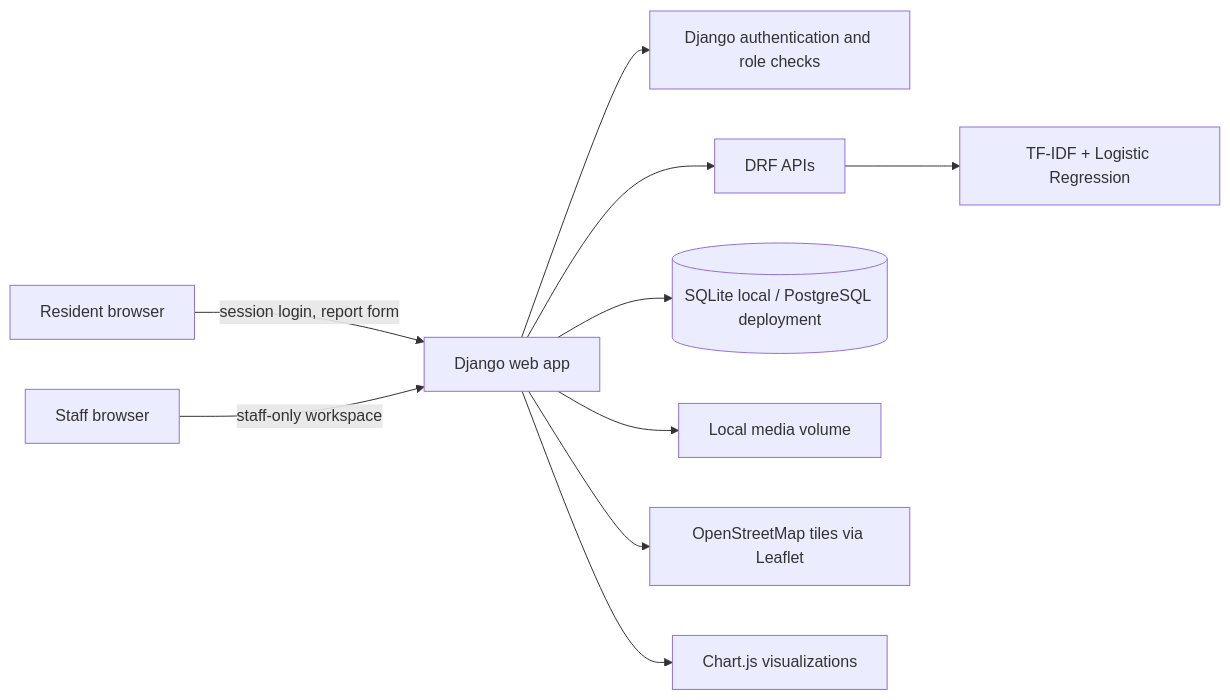
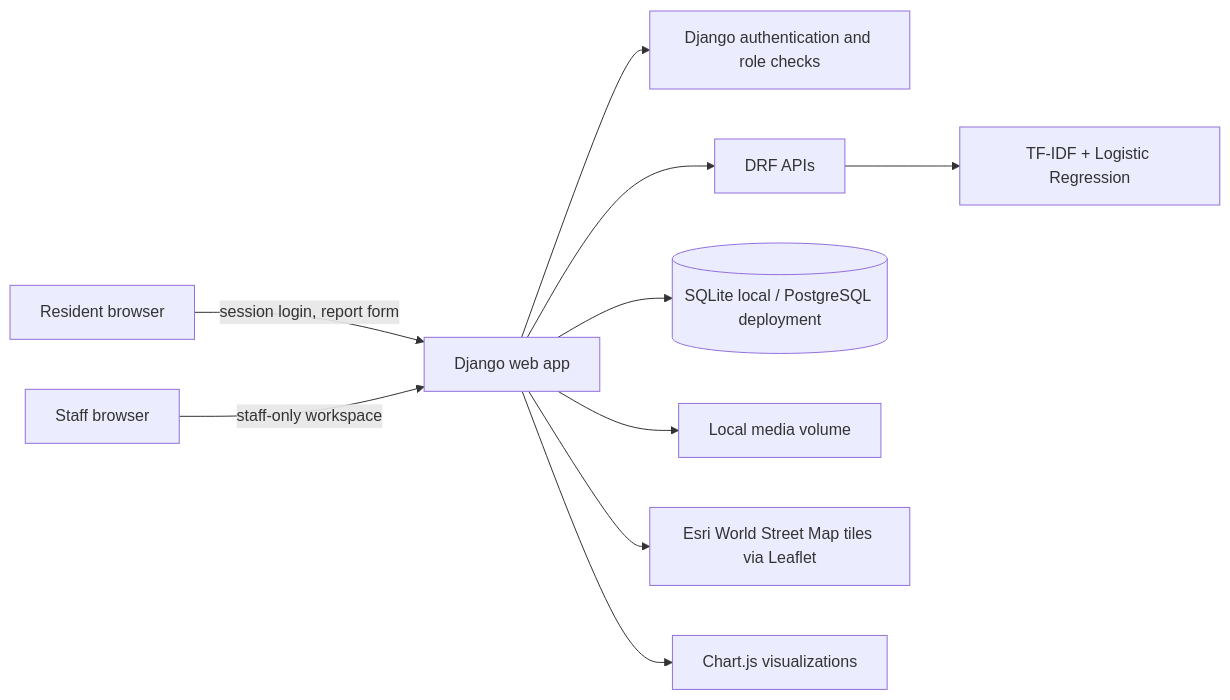
Before and after one commit to tarun-jaiin/civiclens-ai: the diagram in README.md, drawn with Mermaid. The commit also changed other lines of this file and 2 other files, not shown here.

````diff
--- a/README.md
+++ b/README.md
@@ -32,12 +32,12 @@
 ```mermaid
 flowchart LR
     Citizen[Resident browser] -->|session login, report form| Django[Django web app]
     Staff[Staff browser] -->|staff-only workspace| Django
     Django --> Auth[Django authentication and role checks]
     Django --> API[DRF APIs]
     Django --> DB[(SQLite local / PostgreSQL deployment)]
     Django --> Uploads[Local media volume]
     API --> Classifier[TF-IDF + Logistic Regression]
-    Django --> OSM[OpenStreetMap tiles via Leaflet]
+    Django --> Map[Esri World Street Map tiles via Leaflet]
     Django --> Charts[Chart.js visualizations]
 ```
````
